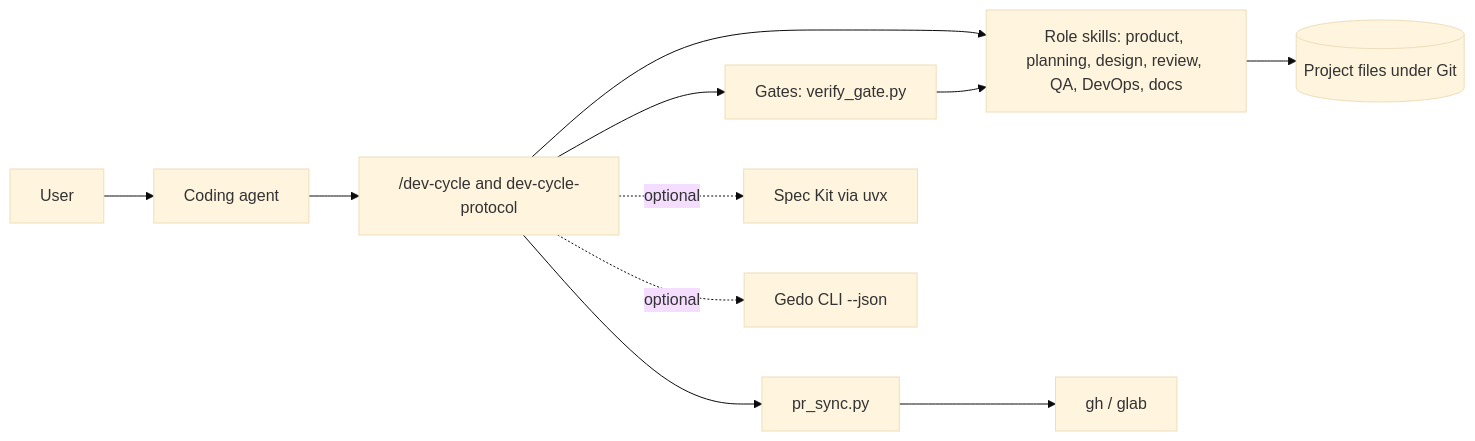
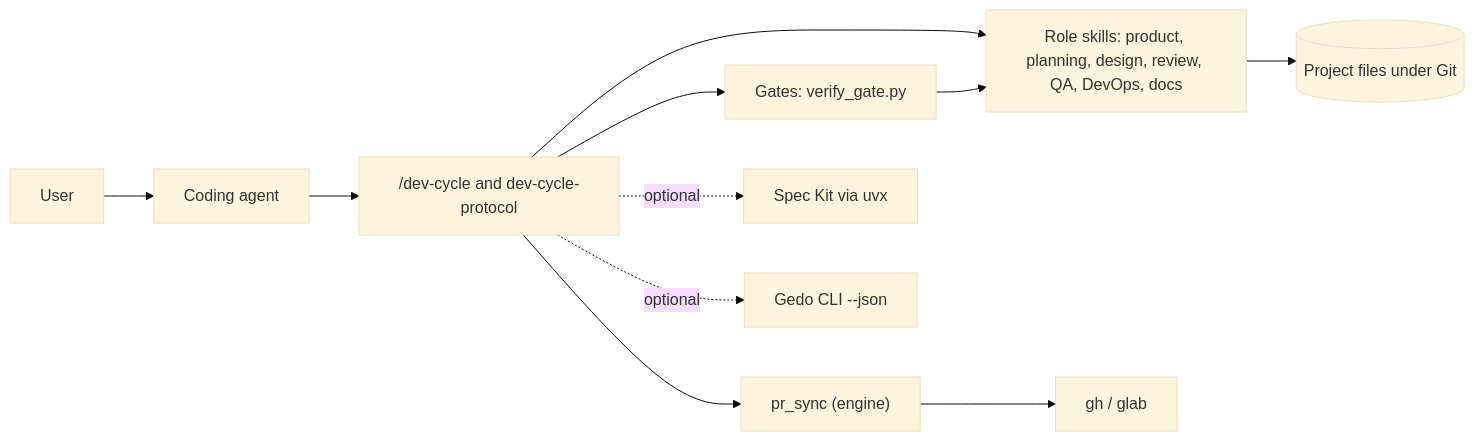
One commit to Levix-Digital/ai-code-agent-skills changed the diagram in TECDOC.md. Above: the diagram before and after it, drawn with Mermaid (base theme). The commit also changed 118 other files, not shown here.

First line of the commit message:
feat(engine): run pr_sync and the principle 9 guard on the native engine (M23)

````diff
--- a/TECDOC.md
+++ b/TECDOC.md
@@ -11,13 +11,13 @@
 ```mermaid
 flowchart LR
     U[User] --> AG[Coding agent]
     AG --> DC["/dev-cycle and dev-cycle-protocol"]
     DC --> R["Role skills: product, planning, design, review, QA, DevOps, docs"]
     DC --> G["Gates: verify_gate.py"]
     G --> R
     R --> F[("Project files under Git")]
-    DC --> PR["pr_sync.py"]
+    DC --> PR["pr_sync (engine)"]
     PR --> P["gh / glab"]
     DC -.optional.-> SK["Spec Kit via uvx"]
     DC -.optional.-> GE["Gedo CLI --json"]
 ```
````
